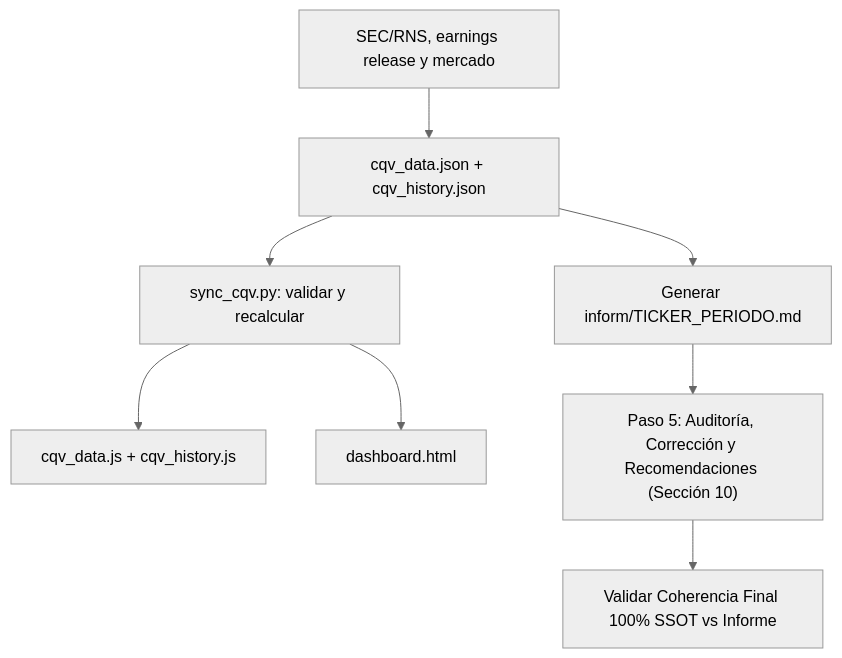
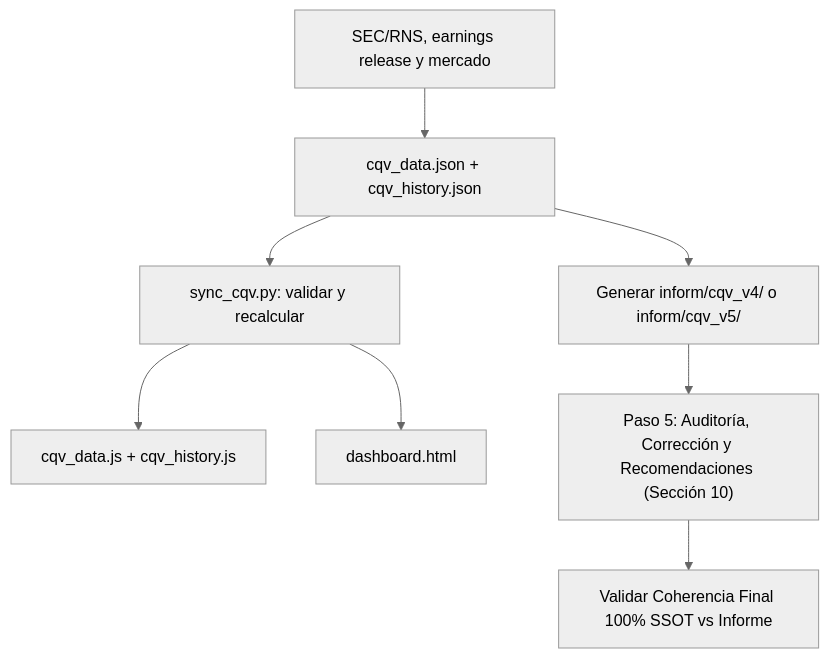
Before and after one commit to poolvc-dev/finance-cqv-find: the diagram in flujo_actualizacion_datos.md, drawn with Mermaid (neutral theme). The commit also changed other lines of this file and 1033 other files, not shown here.

````diff
--- a/flujo_actualizacion_datos.md
+++ b/flujo_actualizacion_datos.md
@@ -20,10 +20,10 @@
 ```mermaid
 flowchart TD
  A["SEC/RNS, earnings release y mercado"] --> B["cqv_data.json + cqv_history.json"]
  B --> C["sync_cqv.py: validar y recalcular"]
  C --> D["cqv_data.js + cqv_history.js"]
  C --> E["dashboard.html"]
- B --> F["Generar inform/TICKER_PERIODO.md"]
+ B --> F["Generar inform/cqv_v4/ o inform/cqv_v5/"]
  F --> G["Paso 5: Auditoría, Corrección y Recomendaciones (Sección 10)"]
  G --> H["Validar Coherencia Final 100% SSOT vs Informe"]
 ```
````
